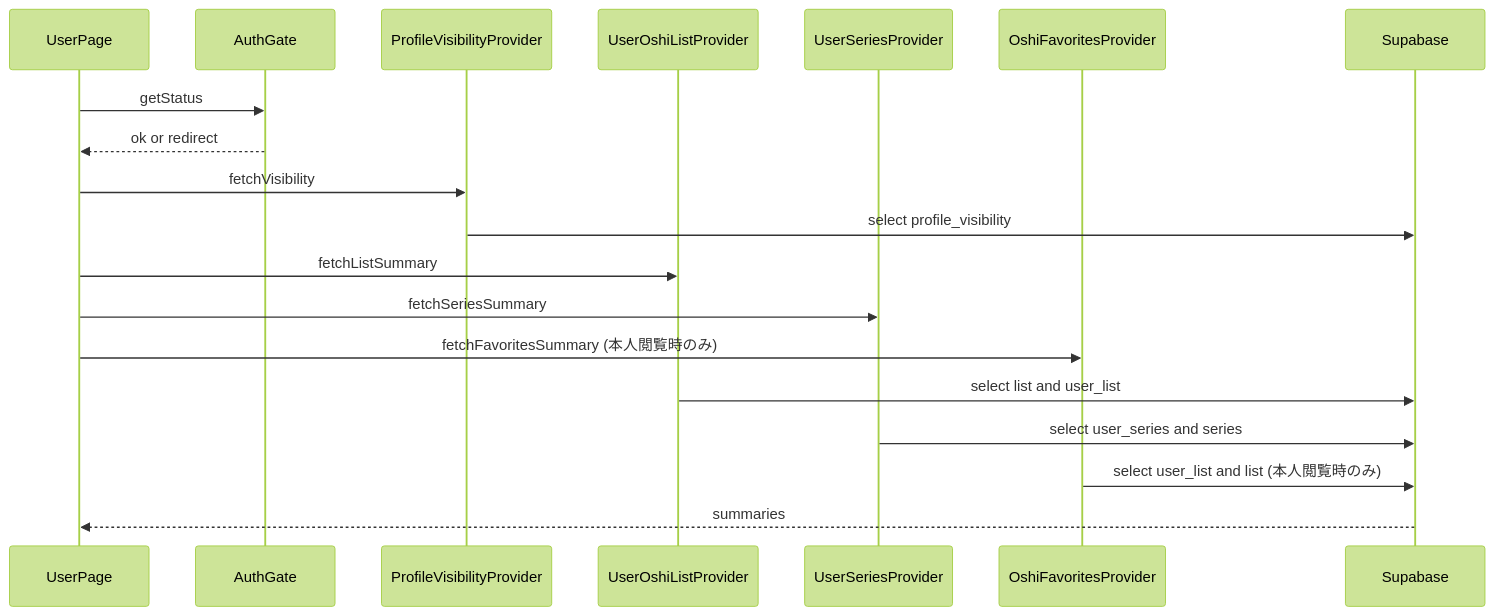
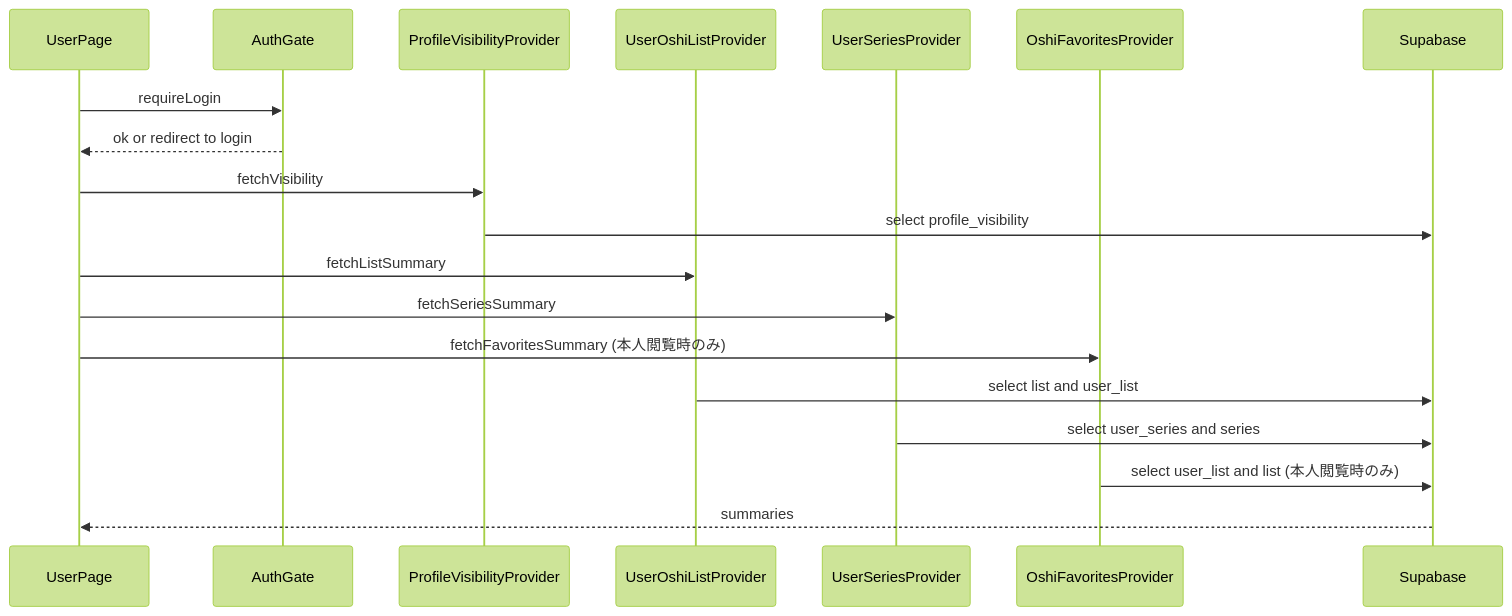
Before and after one commit to arinko39140/mangadouga: the second of 2 diagrams in .kiro/specs/mypage-oshi-sections/design.md, drawn with Mermaid (forest theme). The commit also changed other lines of this file and 1 other file, not shown here.

Commit message:
Clarify auth gating and visibility source

````diff
--- a/.kiro/specs/mypage-oshi-sections/design.md
+++ b/.kiro/specs/mypage-oshi-sections/design.md
@@ -101,22 +103,22 @@
 ```mermaid
 sequenceDiagram
   participant UserPage
   participant AuthGate
   participant ProfileVisibilityProvider
   participant UserOshiListProvider
   participant UserSeriesProvider
   participant OshiFavoritesProvider
   participant Supabase
 
-  UserPage->>AuthGate: getStatus
-  AuthGate-->>UserPage: ok or redirect
+  UserPage->>AuthGate: requireLogin
+  AuthGate-->>UserPage: ok or redirect to login
   UserPage->>ProfileVisibilityProvider: fetchVisibility
   ProfileVisibilityProvider->>Supabase: select profile_visibility
   UserPage->>UserOshiListProvider: fetchListSummary
   UserPage->>UserSeriesProvider: fetchSeriesSummary
   UserPage->>OshiFavoritesProvider: fetchFavoritesSummary (本人閲覧時のみ)
   UserOshiListProvider->>Supabase: select list and user_list
   UserSeriesProvider->>Supabase: select user_series and series
   OshiFavoritesProvider->>Supabase: select user_list and list (本人閲覧時のみ)
   Supabase-->>UserPage: summaries
 ```
````
